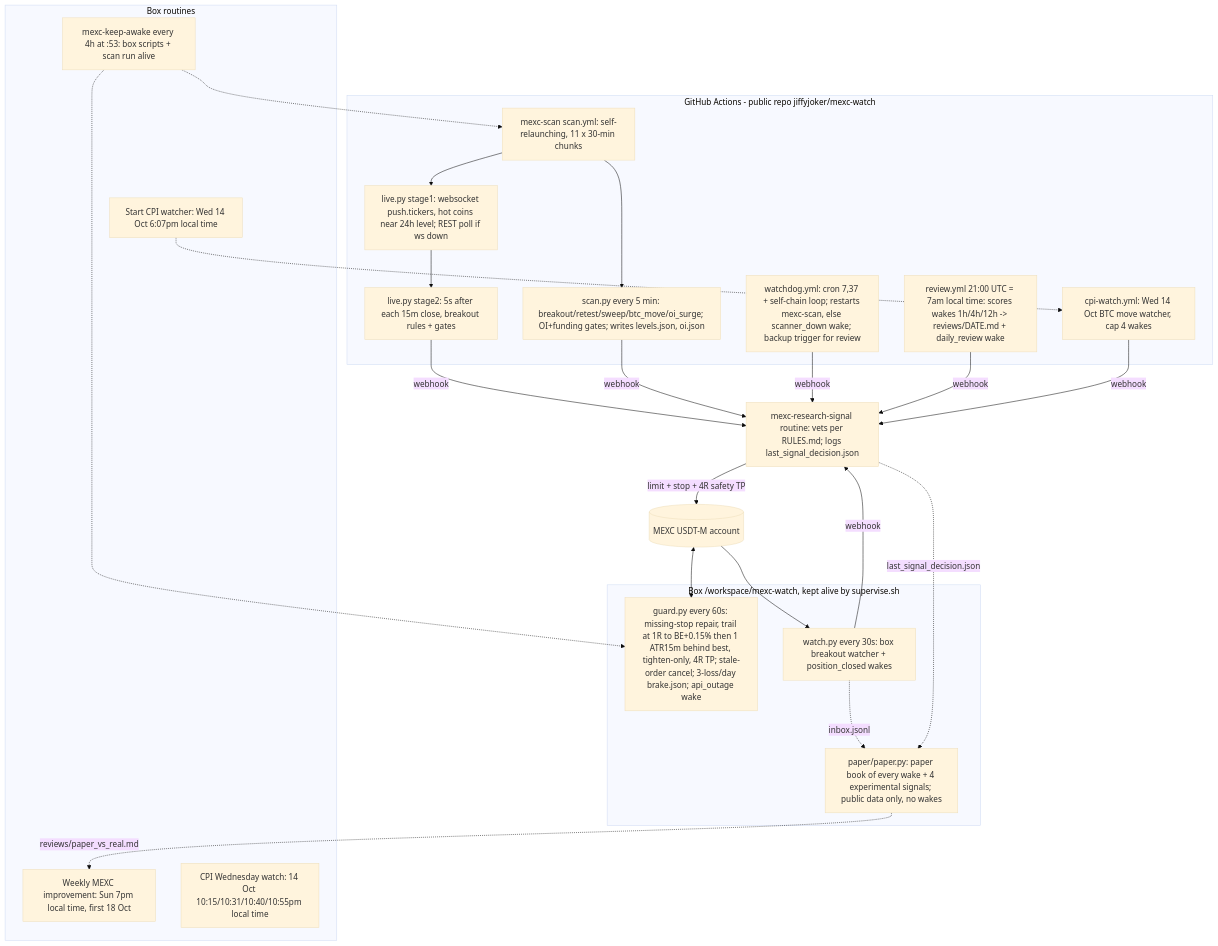
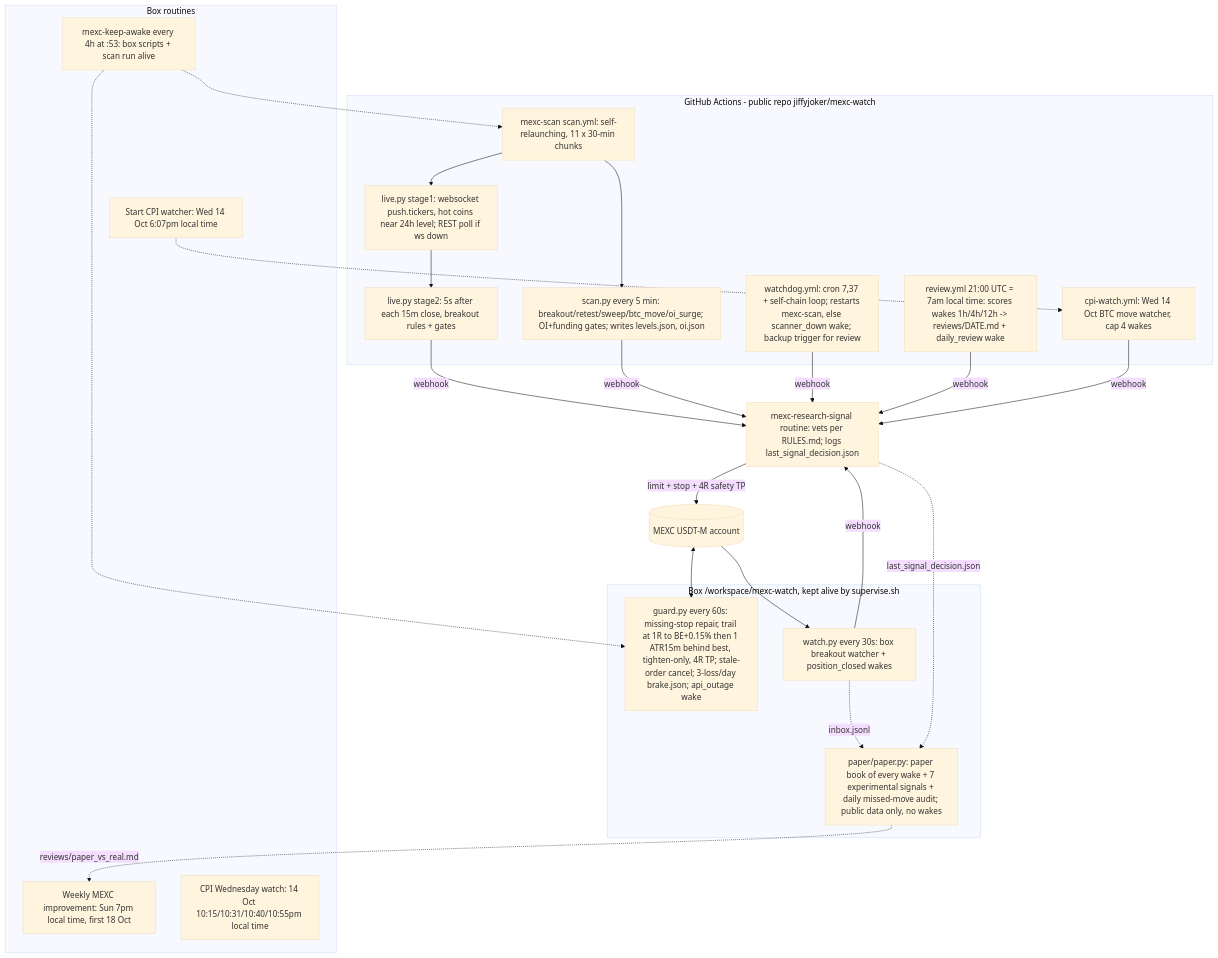
One commit to jiffyjoker/mexc-watch changed the diagram in SYSTEM_MAP.md. Above: the diagram before and after it, drawn with Mermaid (base theme). The commit also changed other lines of this file, not shown here.

Commit message:
system map: brk4h/momo/pullback20 paper signals, missed-move audit

````diff
--- a/SYSTEM_MAP.md
+++ b/SYSTEM_MAP.md
@@ -5,39 +5,39 @@
 ```mermaid
 flowchart TD
   subgraph GH[GitHub Actions - public repo jiffyjoker/mexc-watch]
     SCAN[mexc-scan scan.yml: self-relaunching, 11 x 30-min chunks]
     WS[live.py stage1: websocket push.tickers, hot coins near 24h level; REST poll if ws down]
     S2[live.py stage2: 5s after each 15m close, breakout rules + gates]
     REST[scan.py every 5 min: breakout/retest/sweep/btc_move/oi_surge; OI+funding gates; writes levels.json, oi.json]
     WD[watchdog.yml: cron 7,37 + self-chain loop; restarts mexc-scan, else scanner_down wake; backup trigger for review]
     RV[review.yml 21:00 UTC = 7am local time: scores wakes 1h/4h/12h -> reviews/DATE.md + daily_review wake]
     CPI[cpi-watch.yml: Wed 14 Oct BTC move watcher, cap 4 wakes]
     SCAN --> WS --> S2
     SCAN --> REST
   end
   S2 -->|webhook| R[mexc-research-signal routine: vets per RULES.md; logs last_signal_decision.json]
   REST -->|webhook| R
   WD -->|webhook| R
   RV -->|webhook| R
   CPI -->|webhook| R
   R -->|limit + stop + 4R safety TP| MEXC[(MEXC USDT-M account)]
   subgraph BOX[Box /workspace/mexc-watch, kept alive by supervise.sh]
     G[guard.py every 60s: missing-stop repair, trail at 1R to BE+0.15% then 1 ATR15m behind best, tighten-only, 4R TP; stale-order cancel; 3-loss/day brake.json; api_outage wake]
     W[watch.py every 30s: box breakout watcher + position_closed wakes]
-    PB[paper/paper.py: paper book of every wake + 4 experimental signals; public data only, no wakes]
+    PB[paper/paper.py: paper book of every wake + 7 experimental signals + daily missed-move audit; public data only, no wakes]
   end
   MEXC <--> G
   MEXC --> W -->|webhook| R
   W -.->|inbox.jsonl| PB
   R -.->|last_signal_decision.json| PB
   PB -.->|reviews/paper_vs_real.md| WK
   subgraph RT[Box routines]
     KA[mexc-keep-awake every 4h at :53: box scripts + scan run alive]
     CW[CPI Wednesday watch: 14 Oct 10:15/10:31/10:40/10:55pm local time]
     SC[Start CPI watcher: Wed 14 Oct 6:07pm local time]
     WK[Weekly MEXC improvement: Sun 7pm local time, first 18 Oct]
   end
   KA -.-> SCAN
   KA -.-> G
   SC -.-> CPI
 ```
````
